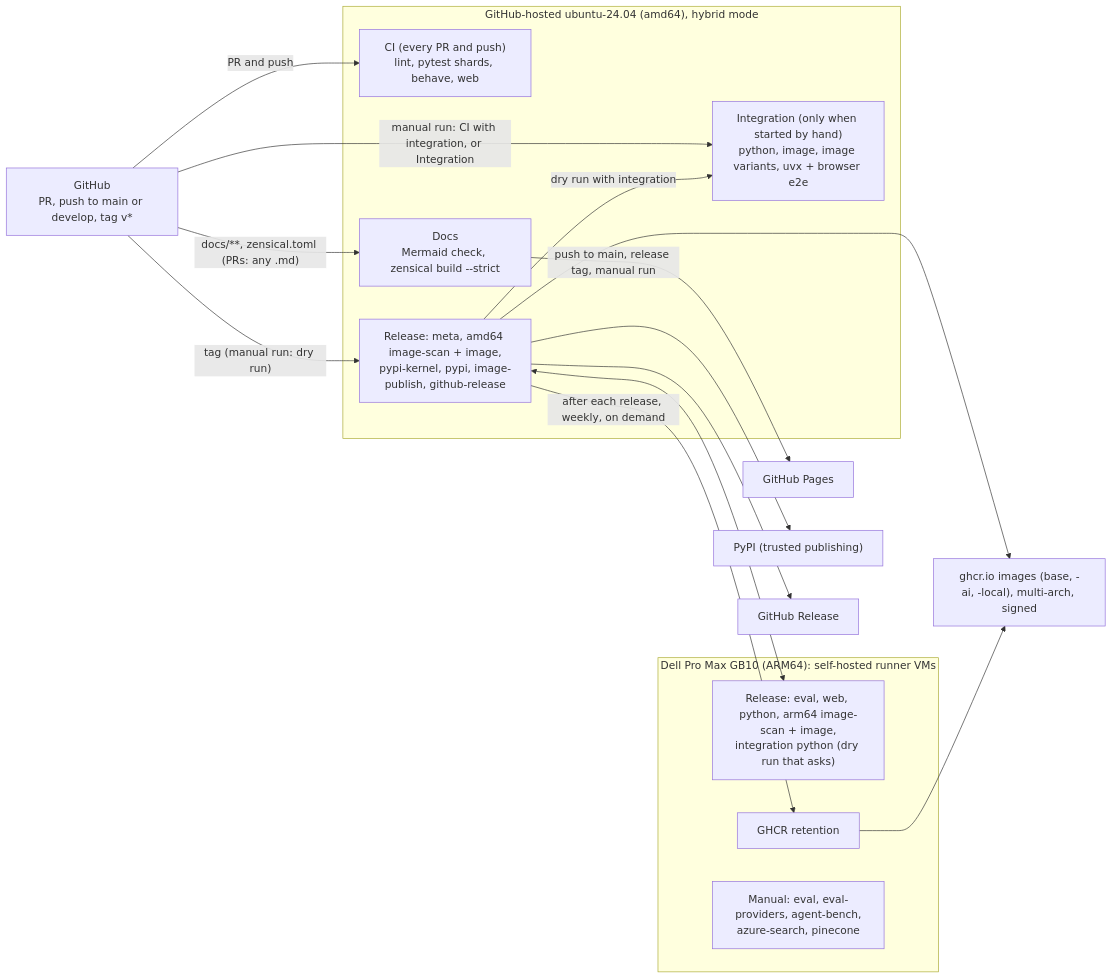
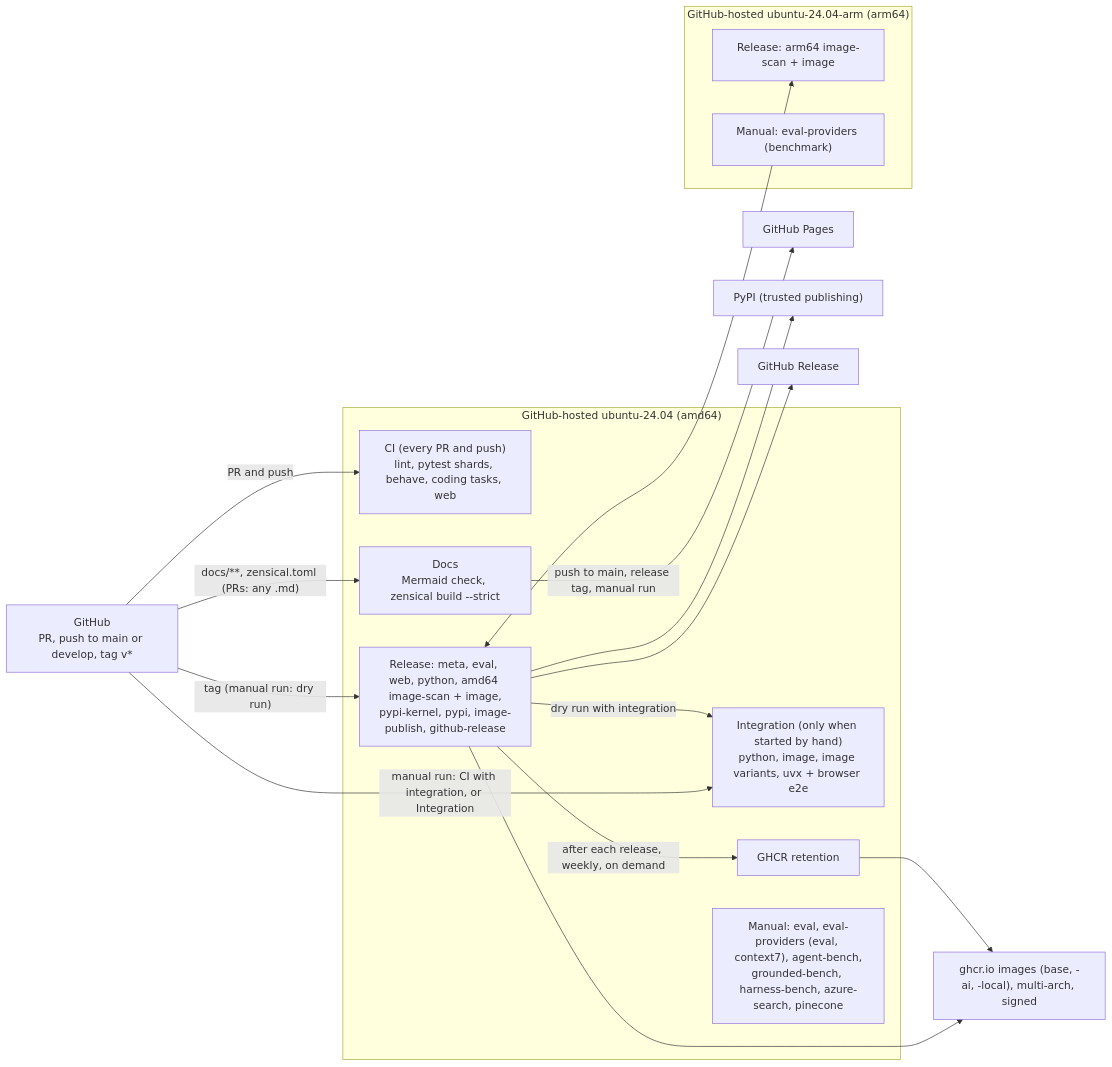
One commit to SirCypkowskyy/ExactDocs changed the diagram in docs/releasing/runners.md. Above: the diagram before and after it, drawn with Mermaid. The commit also changed other lines of this file and 6 other files, not shown here.

Commit message:
docs: CI/CD and runners describes the GitHub-hosted layout, the releasing skill too (#533)

````diff
--- a/docs/releasing/runners.md
+++ b/docs/releasing/runners.md
@@ -55,27 +61,28 @@
 ```mermaid
 flowchart LR
     gh["GitHub<br/>PR, push to main or develop, tag v*"]
-    subgraph hosted ["GitHub-hosted ubuntu-24.04 (amd64), hybrid mode"]
-        ci["CI (every PR and push)<br/>lint, pytest shards, behave, web"]
+    subgraph amd64 ["GitHub-hosted ubuntu-24.04 (amd64)"]
+        ci["CI (every PR and push)<br/>lint, pytest shards, behave, coding tasks, web"]
         integ["Integration (only when started by hand)<br/>python, image, image variants, uvx + browser e2e"]
         docs["Docs<br/>Mermaid check, zensical build --strict"]
-        relh["Release: meta, amd64 image-scan + image,<br/>pypi-kernel, pypi, image-publish, github-release"]
+        rel["Release: meta, eval, web, python, amd64 image-scan + image,<br/>pypi-kernel, pypi, image-publish, github-release"]
+        ret["GHCR retention"]
+        manual["Manual: eval, eval-providers (eval, context7), agent-bench,<br/>grounded-bench, harness-bench, azure-search, pinecone"]
     end
-    subgraph gb10 ["Dell Pro Max GB10 (ARM64): self-hosted runner VMs"]
-        rels["Release: eval, web, python, arm64 image-scan + image,<br/>integration python (dry run that asks)"]
-        ret["GHCR retention"]
-        manual["Manual: eval, eval-providers, agent-bench,<br/>azure-search, pinecone"]
+    subgraph arm64 ["GitHub-hosted ubuntu-24.04-arm (arm64)"]
+        relarm["Release: arm64 image-scan + image"]
+        bench["Manual: eval-providers (benchmark)"]
     end
     gh -->|PR and push| ci
     gh -->|"manual run: CI with integration, or Integration"| integ
-    relh -->|"dry run with integration"| integ
+    rel -->|"dry run with integration"| integ
     gh -->|"docs/**, zensical.toml (PRs: any .md)"| docs
-    gh -->|"tag (manual run: dry run)"| relh
-    relh <--> rels
-    relh -->|after each release, weekly, on demand| ret
+    gh -->|"tag (manual run: dry run)"| rel
+    rel <--> relarm
+    rel -->|after each release, weekly, on demand| ret
     docs -->|"push to main, release tag, manual run"| pages["GitHub Pages"]
-    relh --> pypi["PyPI (trusted publishing)"]
-    relh --> ghcr["ghcr.io images (base, -ai, -local), multi-arch, signed"]
-    relh --> ghrel["GitHub Release"]
+    rel --> pypi["PyPI (trusted publishing)"]
+    rel --> ghcr["ghcr.io images (base, -ai, -local), multi-arch, signed"]
+    rel --> ghrel["GitHub Release"]
     ret --> ghcr
 ```
````
